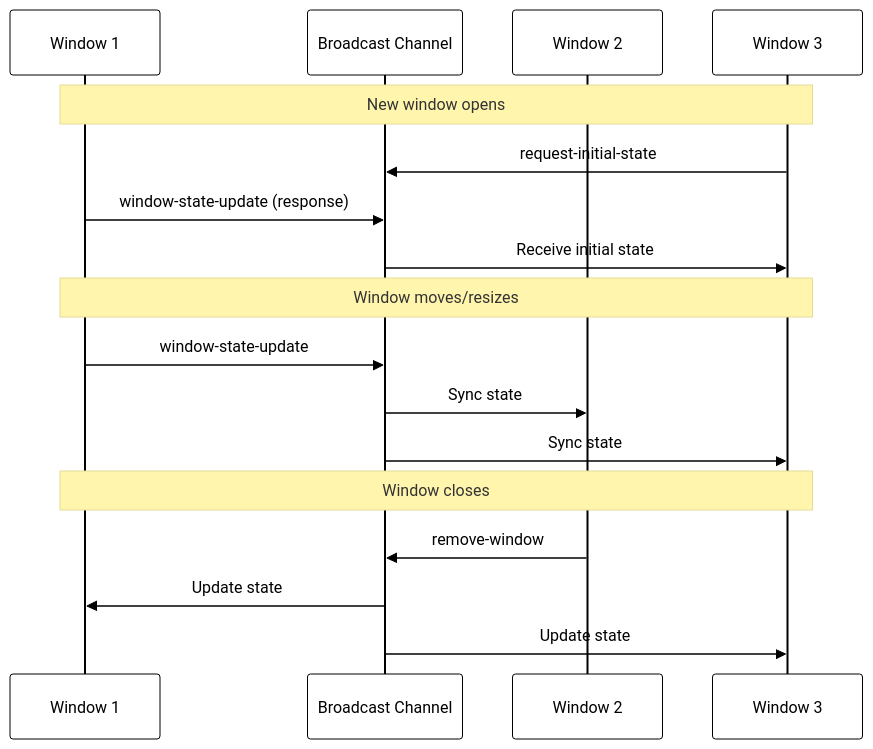
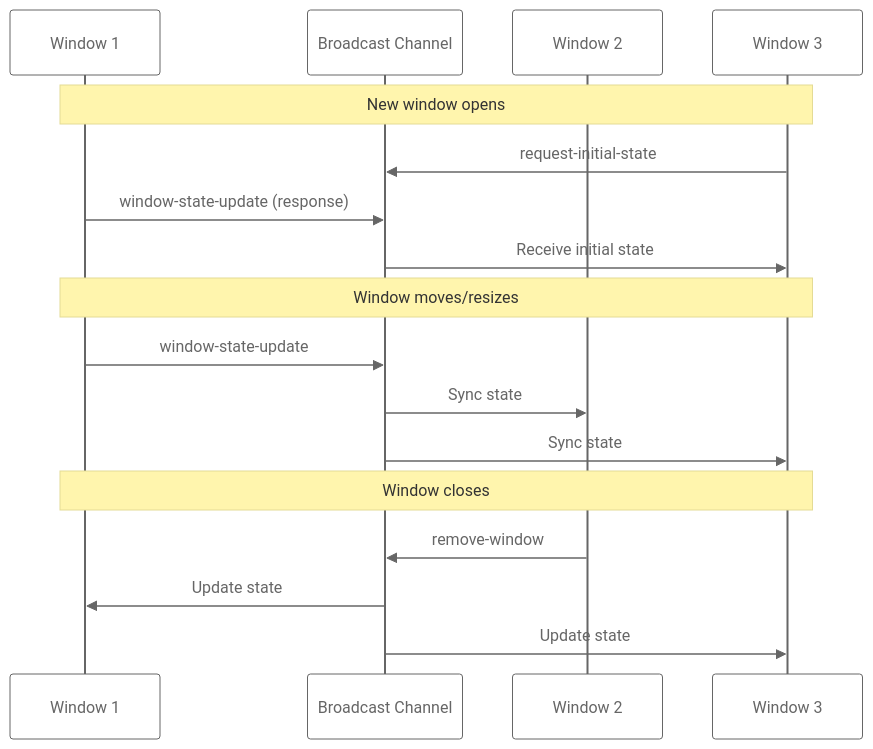
One commit to Akurganow/browser-windows-sync changed the second of 2 diagrams in README.md. Above: the diagram before and after it, drawn with Mermaid.

Commit message:
docs: update README mermaid theme colors for clarity

````diff
--- a/README.md
+++ b/README.md
@@ -113,23 +113,23 @@
 ```mermaid
-%%{init: {'theme':'base', 'themeVariables': { 'primaryColor': '#ffffff', 'primaryTextColor': '#000000', 'primaryBorderColor': '#000000', 'lineColor': '#000000', 'secondaryColor': '#f0f0f0', 'tertiaryColor': '#ffffff', 'background': '#ffffff', 'mainBkg': '#ffffff', 'secondBkg': '#f0f0f0', 'tertiaryBkg': '#ffffff'}}}%%
+%%{init: {'theme':'base', 'themeVariables': { 'primaryColor': '#ffffff', 'primaryTextColor': '#666', 'primaryBorderColor': '#666', 'lineColor': '#666', 'secondaryColor': '#f0f0f0', 'tertiaryColor': '#ffffff', 'background': '#ffffff', 'mainBkg': '#ffffff', 'secondBkg': '#f0f0f0', 'tertiaryBkg': '#ffffff'}}}%%
 sequenceDiagram
     participant W1 as Window 1
     participant BC as Broadcast Channel
     participant W2 as Window 2
     participant W3 as Window 3
     
     Note over W1,W3: New window opens
     W3->>BC: request-initial-state
     W1->>BC: window-state-update (response)
     BC->>W3: Receive initial state
     
     Note over W1,W3: Window moves/resizes
     W1->>BC: window-state-update
     BC->>W2: Sync state
     BC->>W3: Sync state
     
     Note over W1,W3: Window closes
     W2->>BC: remove-window
     BC->>W1: Update state
     BC->>W3: Update state
 ```
````
